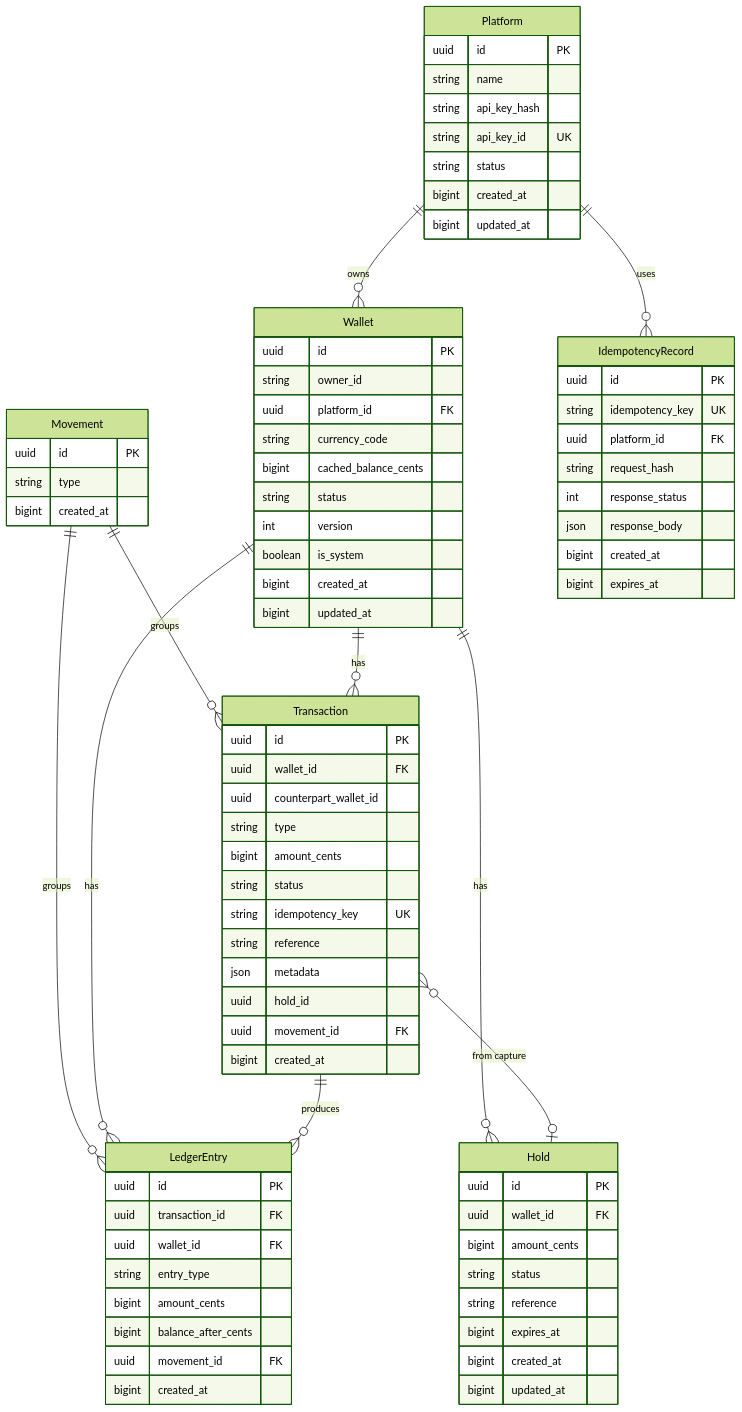
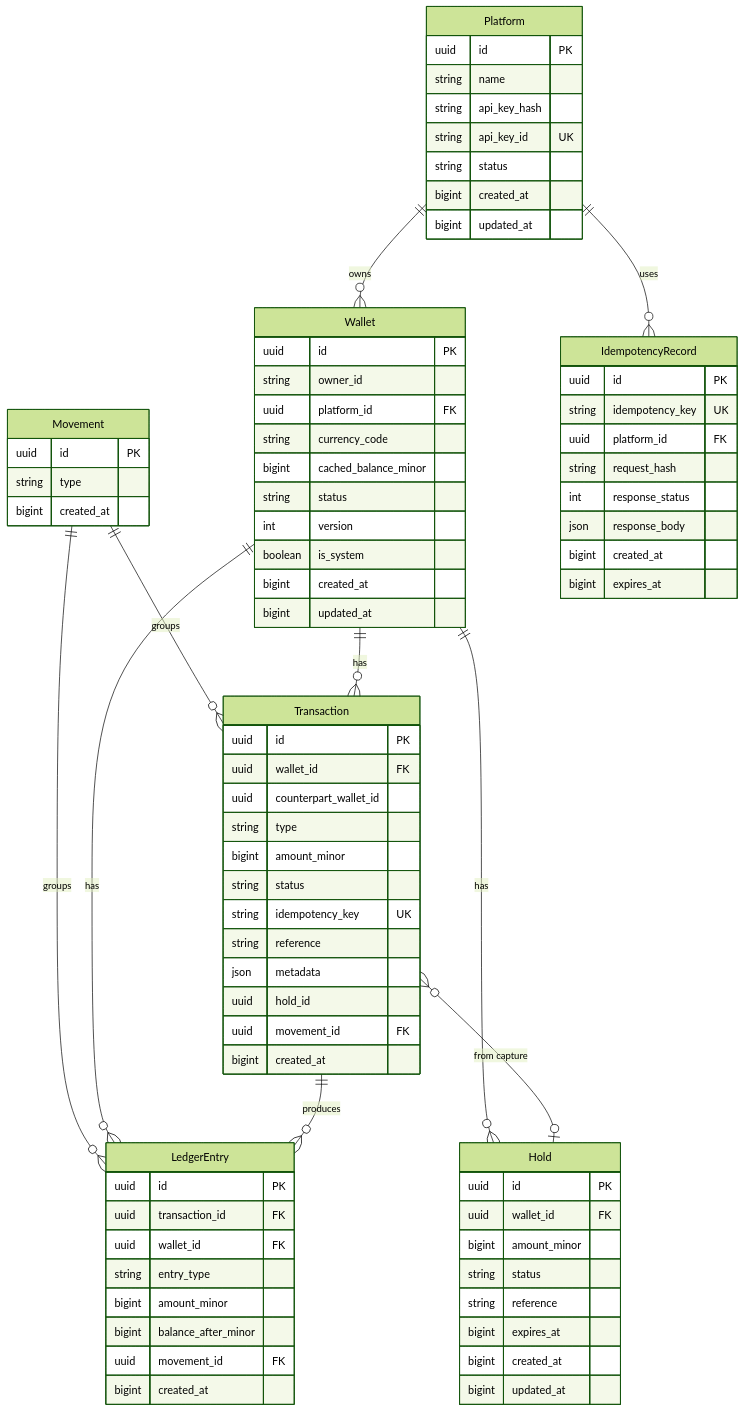
One commit to danielsamaniego/wallet changed the diagram in docs/datamodel.md. Above: the diagram before and after it, drawn with Mermaid (forest theme). The commit also changed other lines of this file and 96 other files, not shown here.

First line of the commit message:
refactor: rename _cents to _minor across entire stack for multi-currency correctness

```diff
--- a/docs/datamodel.md
+++ b/docs/datamodel.md
@@ -39,7 +39,7 @@
         string owner_id
         uuid platform_id FK
         string currency_code
-        bigint cached_balance_cents
+        bigint cached_balance_minor
         string status
         int version
         boolean is_system
@@ -52,7 +52,7 @@
         uuid wallet_id FK
         uuid counterpart_wallet_id
         string type
-        bigint amount_cents
+        bigint amount_minor
         string status
         string idempotency_key UK
         string reference
@@ -67,8 +67,8 @@
         uuid transaction_id FK
         uuid wallet_id FK
         string entry_type
-        bigint amount_cents
-        bigint balance_after_cents
+        bigint amount_minor
+        bigint balance_after_minor
         uuid movement_id FK
         bigint created_at
     }
@@ -76,7 +76,7 @@
     Hold {
         uuid id PK
         uuid wallet_id FK
-        bigint amount_cents
+        bigint amount_minor
         string status
         string reference
         bigint expires_at
```
